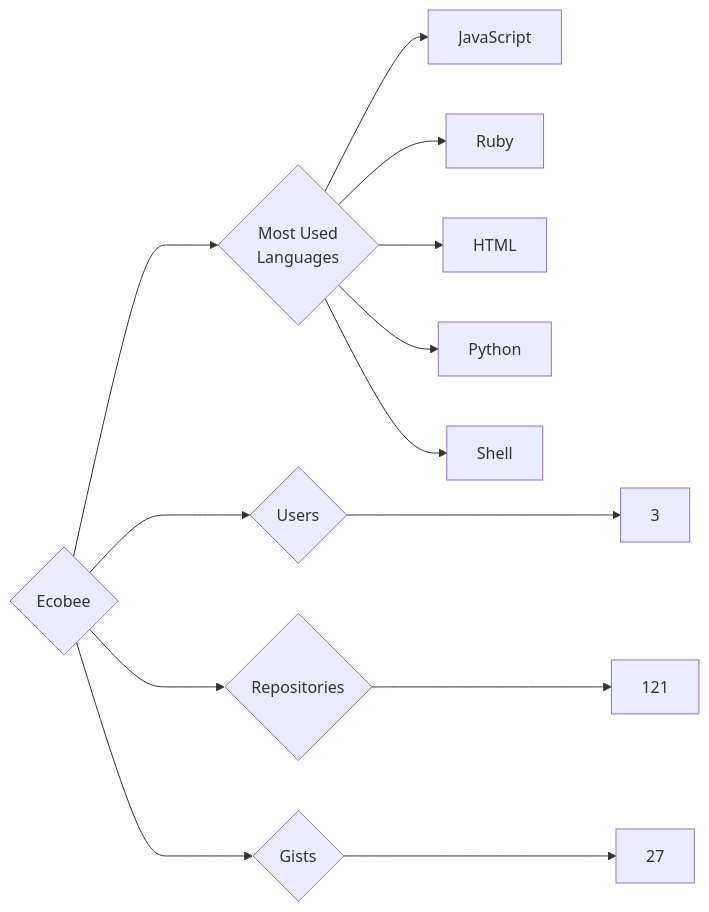
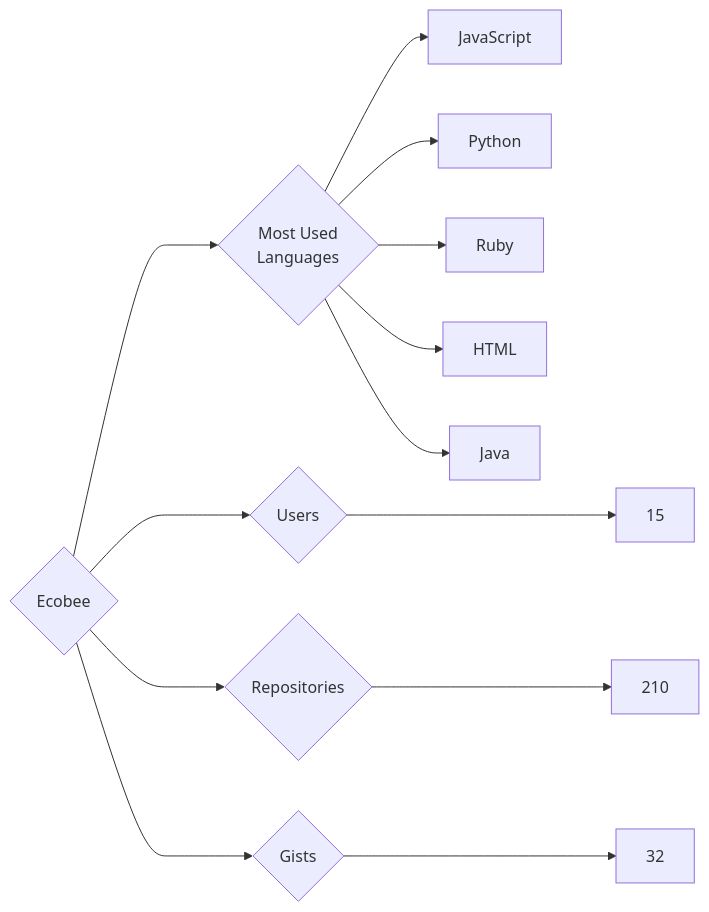
Before and after one commit to trickest/insiders: the diagram in targets/Ecobee/README.md, drawn with Mermaid. The commit also changed 748 other files, not shown here.

````diff
--- a/targets/Ecobee/README.md
+++ b/targets/Ecobee/README.md
@@ -3,13 +3,13 @@
 ```mermaid
 graph LR
 COMPANY_NAME{Ecobee}
-COMPANY_NAME ---> U{Users} ---> UN[3]
-COMPANY_NAME ---> R{Repositories} ---> RN[121]
-COMPANY_NAME ---> G{Gists} ---> GN[27]
+COMPANY_NAME ---> U{Users} ---> UN[15]
+COMPANY_NAME ---> R{Repositories} ---> RN[210]
+COMPANY_NAME ---> G{Gists} ---> GN[32]
 COMPANY_NAME ---> ML{Most Used<br>Languages}
 ML --> JavaScript[JavaScript]
+ML --> Python[Python]
 ML --> Ruby[Ruby]
 ML --> HTML[HTML]
-ML --> Python[Python]
-ML --> Shell[Shell]
+ML --> Java[Java]
 ```
````
